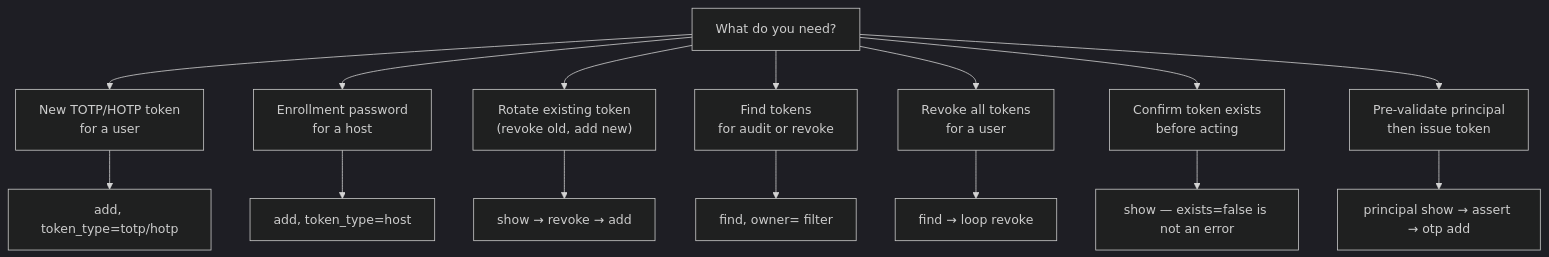
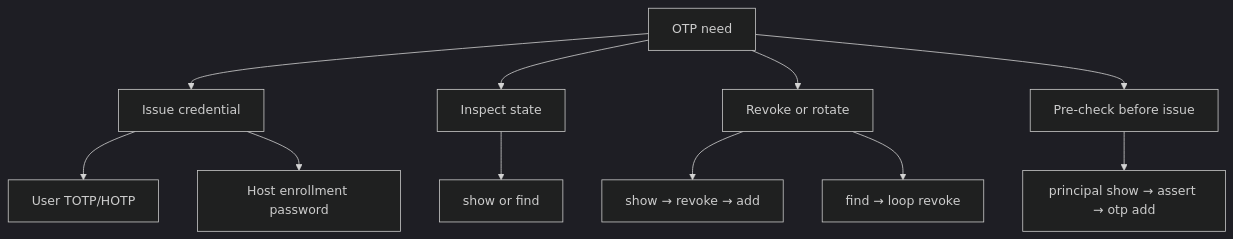
One commit to gprocunier/eigenstate-ipa changed the first of 10 diagrams in docs/otp-capabilities.md. Above: the diagram before and after it, drawn with Mermaid (dark theme). The commit also changed other lines of this file and 12 other files, not shown here.

Commit message:
Clean up Mermaid diagrams across docs

````diff
--- a/docs/otp-capabilities.md
+++ b/docs/otp-capabilities.md
@@ -42,28 +42,20 @@
 ```mermaid
 flowchart TD
-    q["What do you need?"]
+    need["OTP need"]
+    issue["Issue credential"]
+    inspect["Inspect state"]
+    revoke["Revoke or rotate"]
+    gate["Pre-check before issue"]
 
-    new_token["New TOTP/HOTP token\nfor a user"]
-    enroll_pw["Enrollment password\nfor a host"]
-    rotate["Rotate existing token\n(revoke old, add new)"]
-    find_tokens["Find tokens\nfor audit or revoke"]
-    revoke_all["Revoke all tokens\nfor a user"]
-    check["Confirm token exists\nbefore acting"]
-    cross["Pre-validate principal\nthen issue token"]
+    need --> issue
+    need --> inspect
+    need --> revoke
+    need --> gate
 
-    q --> new_token
-    q --> enroll_pw
-    q --> rotate
-    q --> find_tokens
-    q --> revoke_all
-    q --> check
-    q --> cross
-
-    new_token --> add_totp["add, token_type=totp/hotp"]
-    enroll_pw --> add_host["add, token_type=host"]
-    rotate --> find_then_add["show → revoke → add"]
-    find_tokens --> find_op["find, owner= filter"]
-    revoke_all --> bulk_revoke["find → loop revoke"]
-    check --> show_op["show — exists=false is not an error"]
-    cross --> principal_first["principal show → assert → otp add"]
+    issue --> user["User TOTP/HOTP"]
+    issue --> host["Host enrollment password"]
+    inspect --> show["show or find"]
+    revoke --> rotate["show → revoke → add"]
+    revoke --> bulk["find → loop revoke"]
+    gate --> principal["principal show → assert → otp add"]
 ```
````
